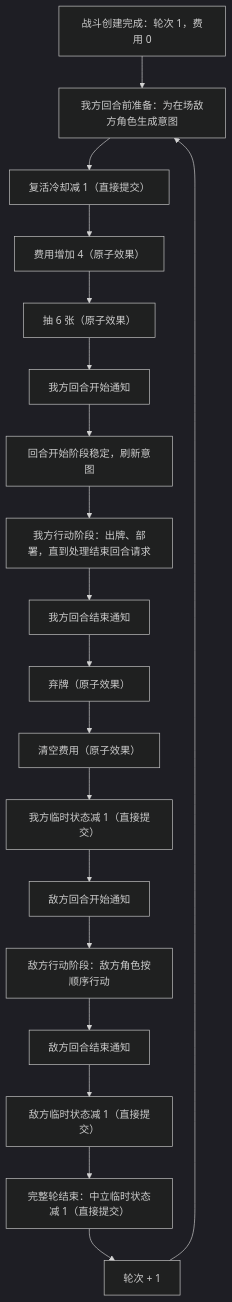
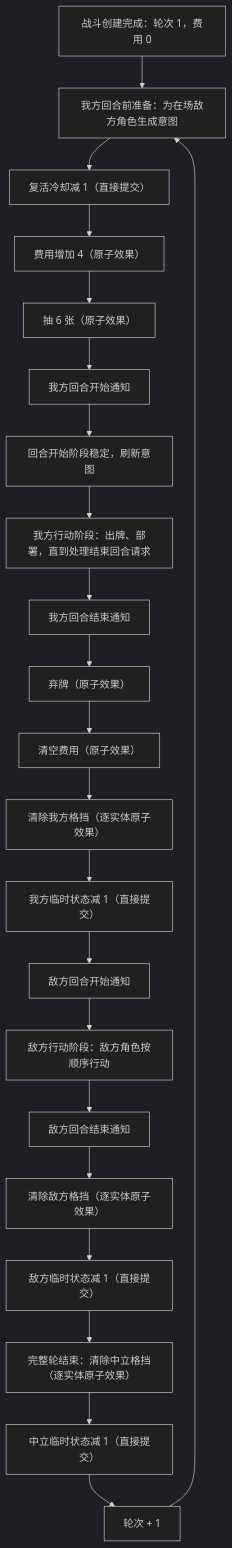
Before and after one commit to Ingenious-FanBlade/Project-Poly: the first of 5 diagrams in Docs/TDD/战斗系统/战斗流程与回合状态机.md, drawn with Mermaid (dark theme). The commit also changed other lines of this file and 6 other files, not shown here.

````diff
--- a/Docs/TDD/战斗系统/战斗流程与回合状态机.md
+++ b/Docs/TDD/战斗系统/战斗流程与回合状态机.md
@@ -215,20 +216,23 @@
 ```mermaid
 flowchart TD
     C["战斗创建完成：轮次 1，费用 0"] --> P["我方回合前准备：为在场敌方角色生成意图"]
     P --> S1["复活冷却减 1（直接提交）"]
     S1 --> S2["费用增加 4（原子效果）"]
     S2 --> S3["抽 6 张（原子效果）"]
     S3 --> S4["我方回合开始通知"]
     S4 --> R["回合开始阶段稳定，刷新意图"]
     R --> A["我方行动阶段：出牌、部署，直到处理结束回合请求"]
     A --> E1["我方回合结束通知"]
     E1 --> E2["弃牌（原子效果）"]
     E2 --> E3["清空费用（原子效果）"]
-    E3 --> E4["我方临时状态减 1（直接提交）"]
+    E3 --> EB["清除我方格挡（逐实体原子效果）"]
+    EB --> E4["我方临时状态减 1（直接提交）"]
     E4 --> F1["敌方回合开始通知"]
     F1 --> F2["敌方行动阶段：敌方角色按顺序行动"]
     F2 --> F3["敌方回合结束通知"]
-    F3 --> F4["敌方临时状态减 1（直接提交）"]
-    F4 --> N["完整轮结束：中立临时状态减 1（直接提交）"]
+    F3 --> FB["清除敌方格挡（逐实体原子效果）"]
+    FB --> F4["敌方临时状态减 1（直接提交）"]
+    F4 --> NB["完整轮结束：清除中立格挡（逐实体原子效果）"]
+    NB --> N["中立临时状态减 1（直接提交）"]
     N --> I["轮次 + 1"] --> P
 ```
````
